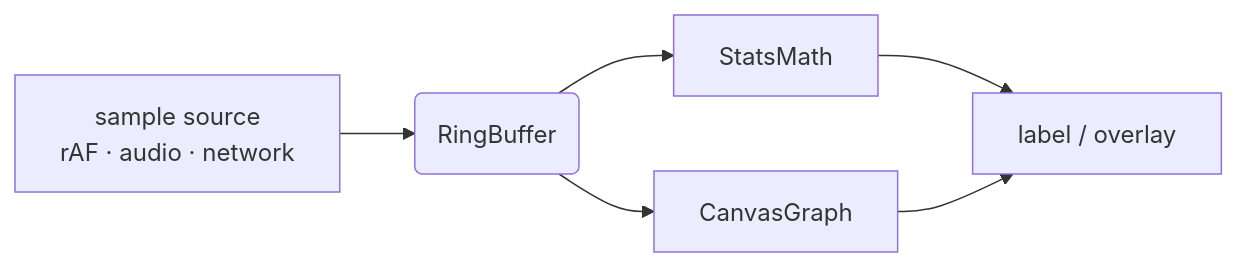
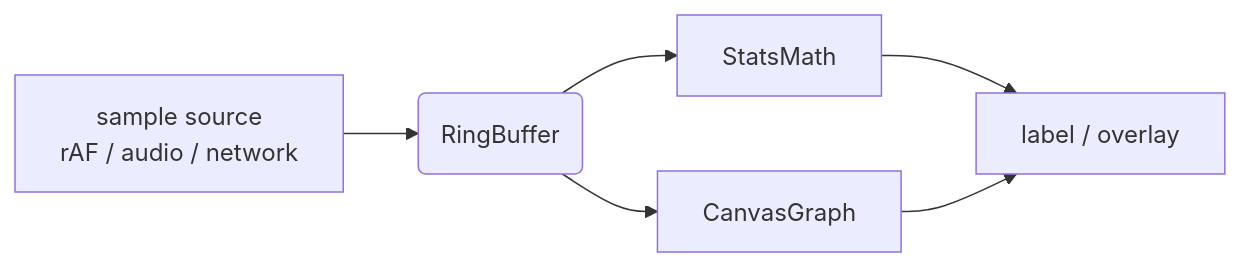
The fourth of 4 diagrams in README.md (PeshoVurtoleta/lite-ring-buffer), drawn with Mermaid before and after one commit. The commit also changed other lines of this file and 9 other files, not shown here.

First line of the commit message:
Move tests to node:test; add torture and ASCII gates (ROADMAP D)

````diff
--- a/README.md
+++ b/README.md
@@ -286,8 +309,8 @@
 ```mermaid
 flowchart LR
-    A[sample source<br/>rAF · audio · network] --> RB(RingBuffer)
+    A[sample source<br/>rAF / audio / network] --> RB(RingBuffer)
     RB --> SM[StatsMath]
     RB --> CG[CanvasGraph]
     SM --> UI[label / overlay]
     CG --> UI
 ```
````
